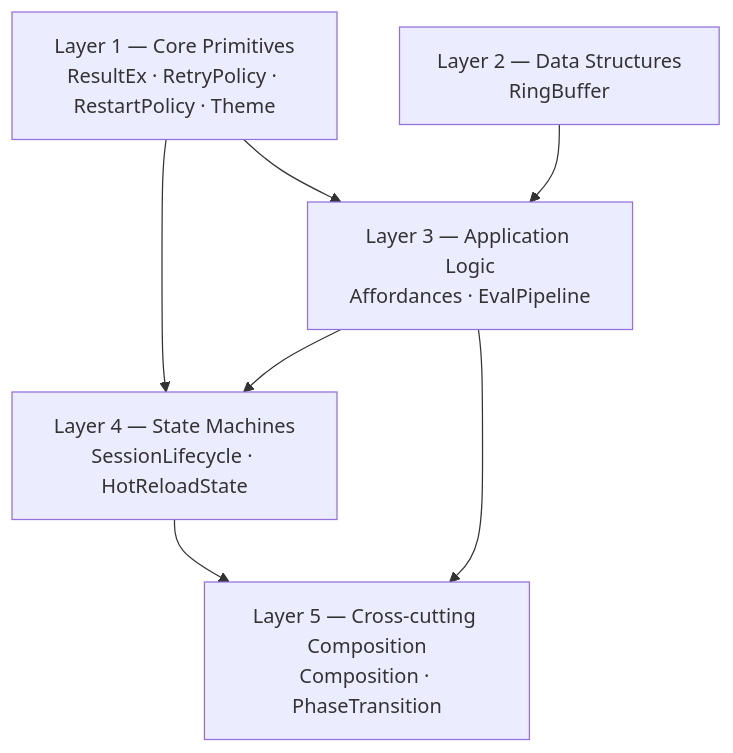
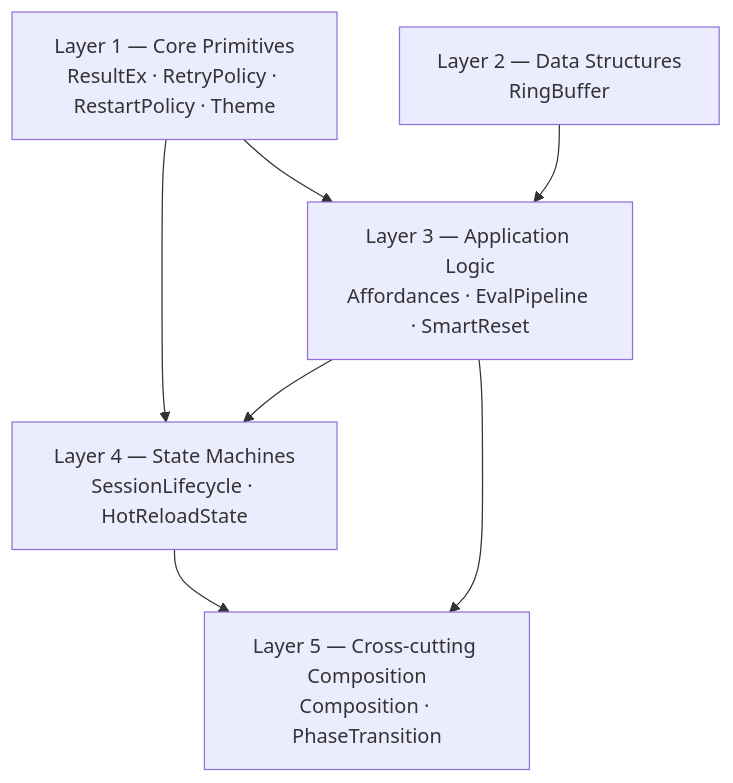
The first of 8 diagrams in formal-verification/REPORT.md (WillEhrendreich/SageFs), drawn with Mermaid before and after one commit. The commit also changed other lines of this file and 6 other files, not shown here.

````diff
--- a/formal-verification/REPORT.md
+++ b/formal-verification/REPORT.md
@@ -34,14 +36,14 @@
 ```mermaid
 graph TD
   A["Layer 1 — Core Primitives<br/>ResultEx · RetryPolicy · RestartPolicy · Theme"]
   B["Layer 2 — Data Structures<br/>RingBuffer"]
-  C["Layer 3 — Application Logic<br/>Affordances · EvalPipeline"]
+  C["Layer 3 — Application Logic<br/>Affordances · EvalPipeline · SmartReset"]
   D["Layer 4 — State Machines<br/>SessionLifecycle · HotReloadState"]
   E["Layer 5 — Cross-cutting Composition<br/>Composition · PhaseTransition"]
   A --> C
   B --> C
   A --> D
   C --> D
   D --> E
   C --> E
 ```
````
